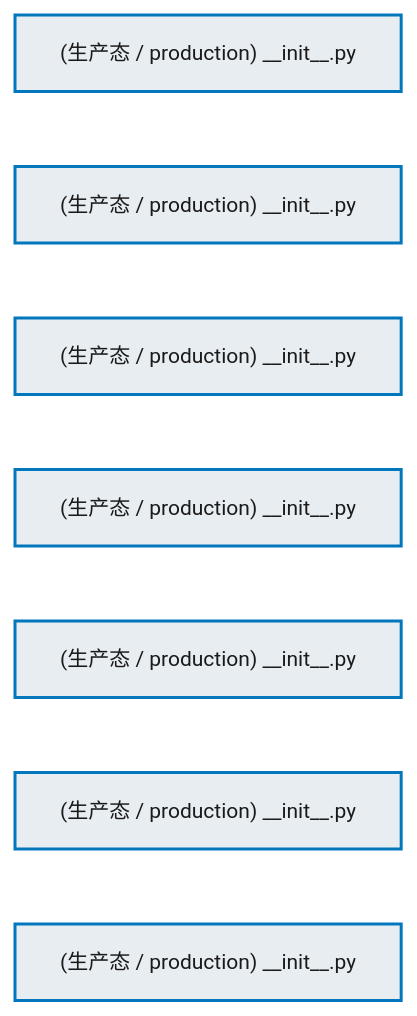
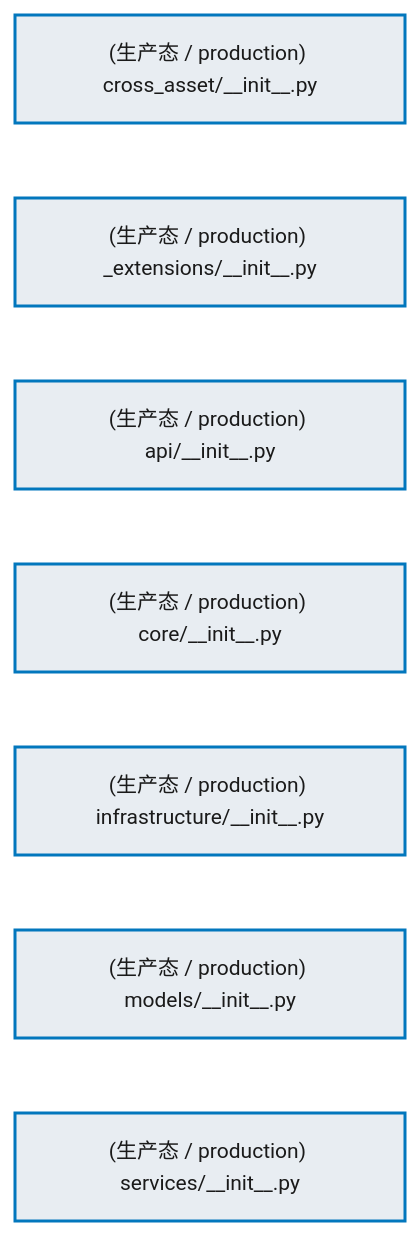
Before and after one commit to xuanFelixVan/ZephyrAlpha: the second of 2 diagrams in docs/02_enterprise_architecture/02_domain_architecture_docs/40_d_cross_asset.md, drawn with Mermaid. The commit also changed other lines of this file and 63 other files, not shown here.

````diff
--- a/docs/02_enterprise_architecture/02_domain_architecture_docs/40_d_cross_asset.md
+++ b/docs/02_enterprise_architecture/02_domain_architecture_docs/40_d_cross_asset.md
@@ -94,22 +94,22 @@
 ```mermaid
 %%{init: {'theme': 'base', 'themeVariables': {'primaryColor': '#eaeaea', 'primaryTextColor': '#333333', 'primaryBorderColor': '#666666', 'lineColor': '#666666', 'secondaryColor': '#eaeaea', 'tertiaryColor': '#eaeaea', 'fontSize': '14px'}}}%%
 flowchart TD
-    src_zephyr_cross_asset_init_py["(生产态 / production) __init__.py"]
-    src_zephyr_cross_asset_extensions_init_py["(生产态 / production) __init__.py"]
-    src_zephyr_cross_asset_api_init_py["(生产态 / production) __init__.py"]
-    src_zephyr_cross_asset_core_init_py["(生产态 / production) __init__.py"]
-    src_zephyr_cross_asset_infrastructure_init_py["(生产态 / production) __init__.py"]
-    src_zephyr_cross_asset_models_init_py["(生产态 / production) __init__.py"]
-    src_zephyr_cross_asset_services_init_py["(生产态 / production) __init__.py"]
+    src_zephyr_cross_asset_init_py["(生产态 / production) cross_asset/__init__.py"]
+    src_zephyr_cross_asset_extensions_init_py["(生产态 / production) _extensions/__init__.py"]
+    src_zephyr_cross_asset_api_init_py["(生产态 / production) api/__init__.py"]
+    src_zephyr_cross_asset_core_init_py["(生产态 / production) core/__init__.py"]
+    src_zephyr_cross_asset_infrastructure_init_py["(生产态 / production) infrastructure/__init__.py"]
+    src_zephyr_cross_asset_models_init_py["(生产态 / production) models/__init__.py"]
+    src_zephyr_cross_asset_services_init_py["(生产态 / production) services/__init__.py"]
     src_zephyr_cross_asset_init_py ~~~ src_zephyr_cross_asset_extensions_init_py
     src_zephyr_cross_asset_extensions_init_py ~~~ src_zephyr_cross_asset_api_init_py
     src_zephyr_cross_asset_api_init_py ~~~ src_zephyr_cross_asset_core_init_py
     src_zephyr_cross_asset_core_init_py ~~~ src_zephyr_cross_asset_infrastructure_init_py
     src_zephyr_cross_asset_infrastructure_init_py ~~~ src_zephyr_cross_asset_models_init_py
     src_zephyr_cross_asset_models_init_py ~~~ src_zephyr_cross_asset_services_init_py
     classDef production fill:#e8edf2,stroke:#0277bd,stroke-width:2px,color:#1a1a1a
     classDef design fill:#f0ebe3,stroke:#bf360c,stroke-width:2px,color:#1a1a1a,stroke-dasharray: 5 5
     classDef external_prod fill:#e8efe9,stroke:#1b5e20,stroke-width:1px,color:#1a1a1a
     classDef external_design fill:#efe5ea,stroke:#880e4f,stroke-width:1px,color:#1a1a1a,stroke-dasharray: 5 5
     class src_zephyr_cross_asset_init_py,src_zephyr_cross_asset_extensions_init_py,src_zephyr_cross_asset_api_init_py,src_zephyr_cross_asset_core_init_py,src_zephyr_cross_asset_infrastructure_init_py,src_zephyr_cross_asset_models_init_py,src_zephyr_cross_asset_services_init_py production
 ```
````
